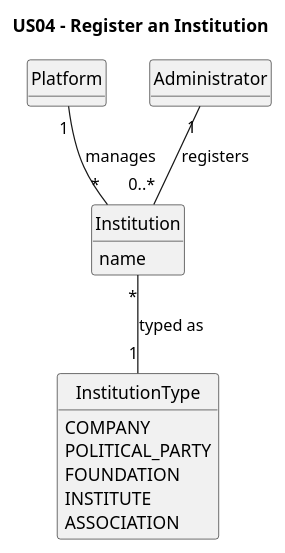
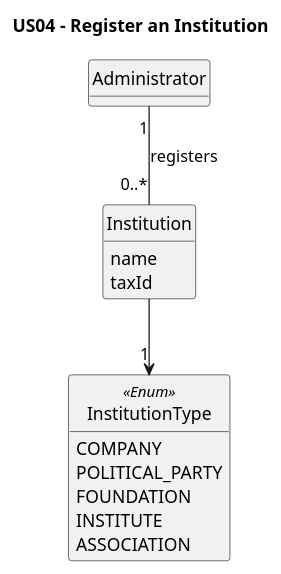
The diagram in docs/system-documentation/US04/02.analysis/puml/US04-DM.puml (Departamento-de-Engenharia-Informatica/sem2-pi-25-26-g096-repo), drawn with PlantUML before and after one commit. The commit also changed 2 other files, not shown here.

```diff
--- a/docs/system-documentation/US04/02.analysis/puml/US04-DM.puml
+++ b/docs/system-documentation/US04/02.analysis/puml/US04-DM.puml
@@ -1,32 +1,29 @@
 @startuml
 title US04 - Register an Institution
 skinparam monochrome true
 skinparam packageStyle rectangle
 skinparam shadowing false
 skinparam classAttributeIconSize 0
 hide circle
 hide methods
 
-class Platform {
-}
-
 class Administrator {
 }
 
 class Institution {
     name
+    taxId
 }
 
-enum InstitutionType {
+enum InstitutionType << Enum >> {
     COMPANY
     POLITICAL_PARTY
     FOUNDATION
     INSTITUTE
     ASSOCIATION
 }
 
-Platform "1" -- "*" Institution : manages
 Administrator "1" -- "0..*" Institution : registers
-Institution "*" -- "1" InstitutionType : typed as
+Institution --> "1" InstitutionType
 
 @enduml
```
